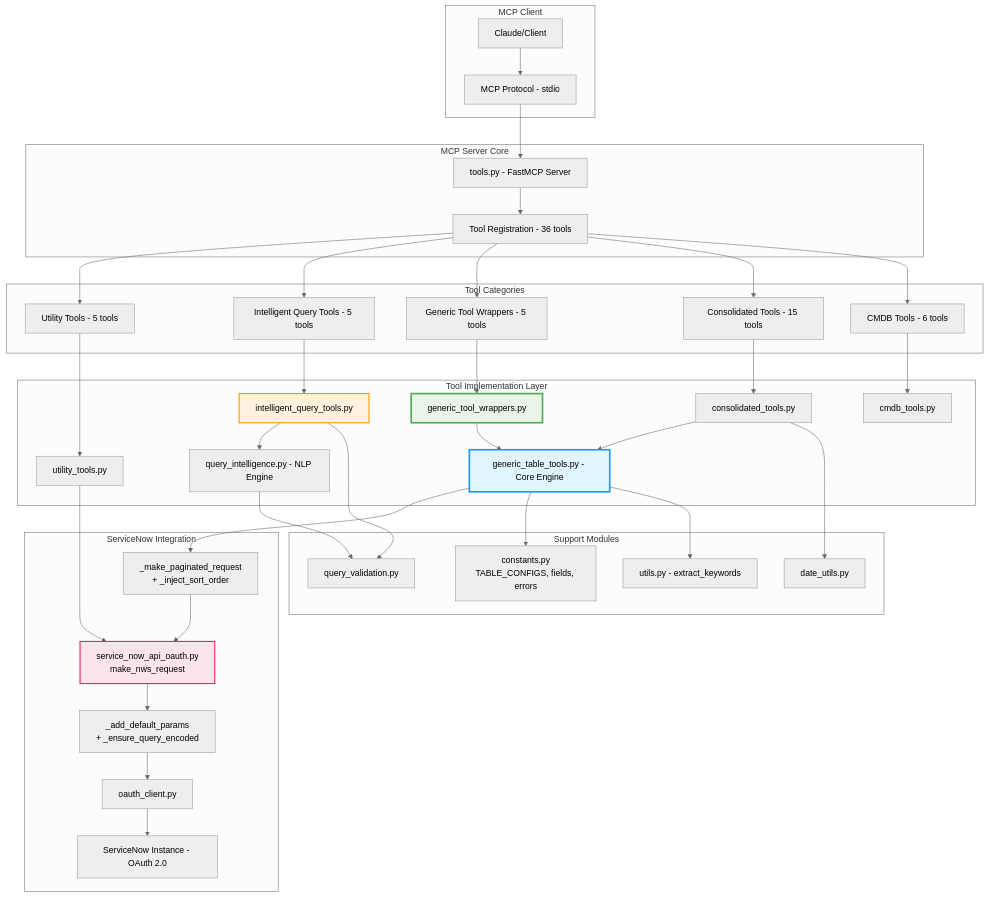
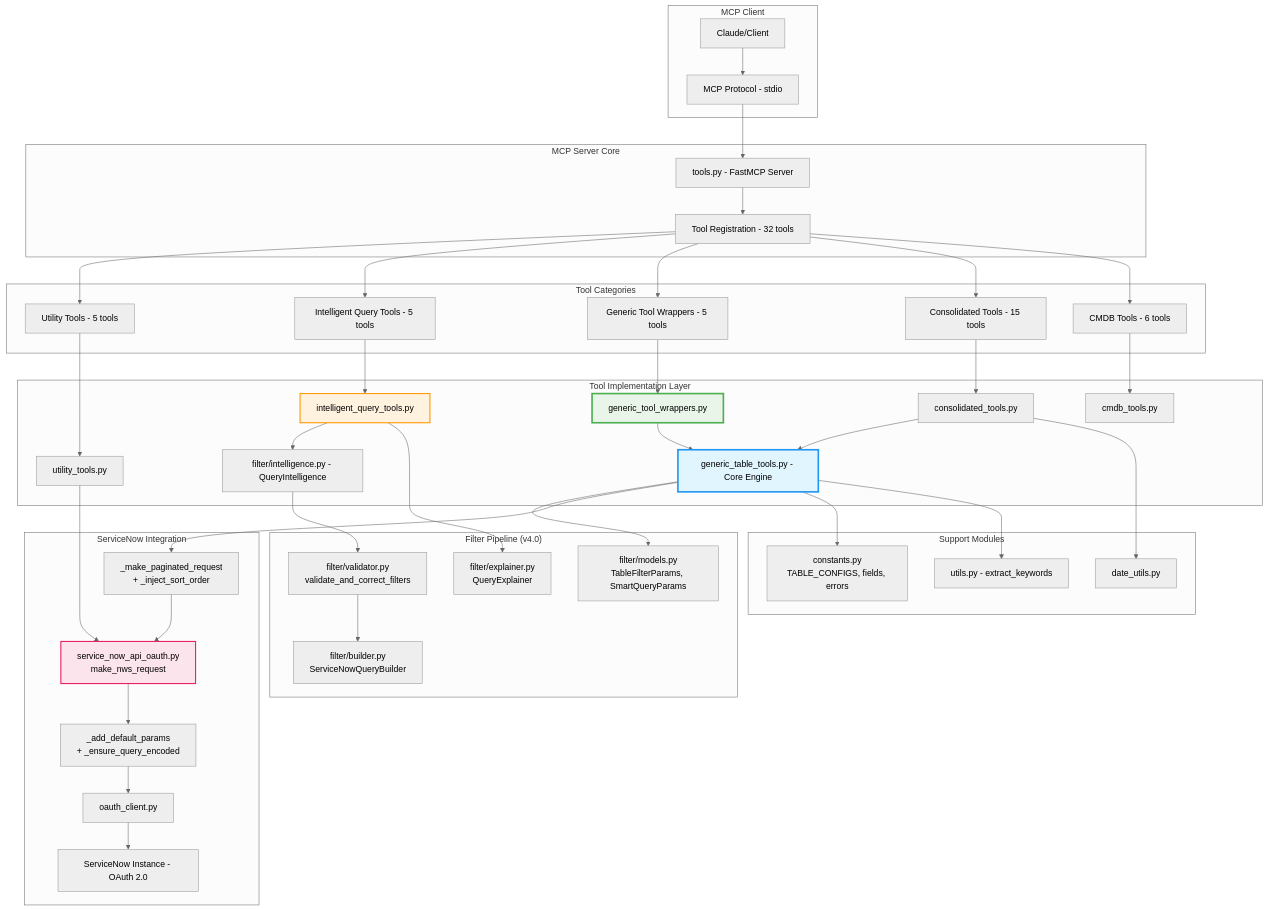
Before and after one commit to Papamzor/personal-mcp-servicenow: the diagram in Diagrams & Documentation/01-architecture-overview.md, drawn with Mermaid (neutral theme). The commit also changed other lines of this file and 2 other files, not shown here.

First line of the commit message:
docs(v4.0): update architecture diagrams for filter/ package + SLA collapse

````diff
--- a/Diagrams & Documentation/01-architecture-overview.md
+++ b/Diagrams & Documentation/01-architecture-overview.md
@@ -5,53 +5,58 @@
 ```mermaid
 graph TB
     subgraph "MCP Client"
         A[Claude/Client] --> B[MCP Protocol - stdio]
     end
 
     subgraph "MCP Server Core"
         B --> C[tools.py - FastMCP Server]
-        C --> D[Tool Registration - 36 tools]
+        C --> D[Tool Registration - 32 tools]
     end
 
     subgraph "Tool Categories"
         D --> E[Utility Tools - 5 tools]
         D --> F[Intelligent Query Tools - 5 tools]
         D --> G[Generic Tool Wrappers - 5 tools]
         D --> H[Consolidated Tools - 15 tools]
         D --> I[CMDB Tools - 6 tools]
     end
 
     subgraph "Tool Implementation Layer"
         E --> L[utility_tools.py]
         F --> AI[intelligent_query_tools.py]
         G --> GW[generic_tool_wrappers.py]
         H --> CT[consolidated_tools.py]
         I --> CMDB[cmdb_tools.py]
 
-        AI --> NLP[query_intelligence.py - NLP Engine]
+        AI --> NLP[filter/intelligence.py - QueryIntelligence]
         GW --> GTT[generic_table_tools.py - Core Engine]
         CT --> GTT
+    end
+
+    subgraph "Filter Pipeline (v4.0)"
+        NLP --> FV[filter/validator.py<br/>validate_and_correct_filters]
+        FV --> FB[filter/builder.py<br/>ServiceNowQueryBuilder]
+        AI --> FEXP[filter/explainer.py<br/>QueryExplainer]
+        GTT --> FMOD[filter/models.py<br/>TableFilterParams, SmartQueryParams]
     end
 
     subgraph "ServiceNow Integration"
         GTT --> PAG[_make_paginated_request<br/>+ _inject_sort_order]
         PAG --> API[service_now_api_oauth.py<br/>make_nws_request]
         L --> API
         API --> PERF[_add_default_params<br/>+ _ensure_query_encoded]
         PERF --> OAUTH[oauth_client.py]
         OAUTH --> SN[ServiceNow Instance - OAuth 2.0]
     end
 
     subgraph "Support Modules"
         GTT --> CONST[constants.py<br/>TABLE_CONFIGS, fields, errors]
         GTT --> UTILS[utils.py - extract_keywords]
-        NLP --> QV[query_validation.py]
-        AI --> QV
         CT --> DATE[date_utils.py]
     end
 
     style GW fill:#e8f5e8,stroke:#4caf50,stroke-width:3px
     style GTT fill:#e1f5fe,stroke:#2196f3,stroke-width:3px
     style AI fill:#fff3e0,stroke:#ff9800,stroke-width:2px
     style API fill:#fce4ec,stroke:#e91e63,stroke-width:2px
 ```
````
